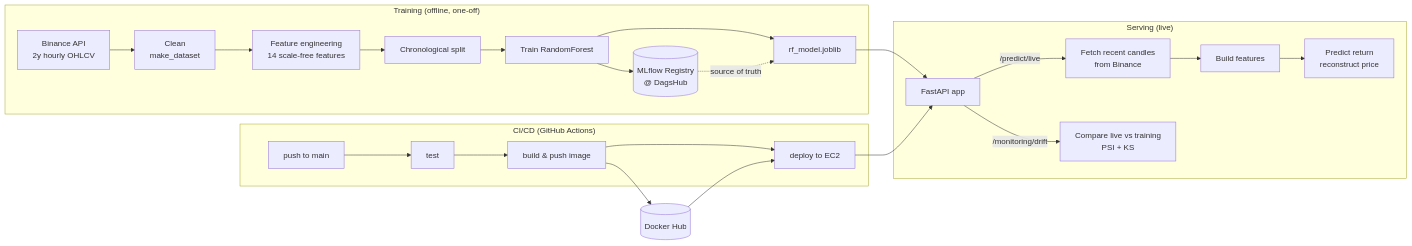
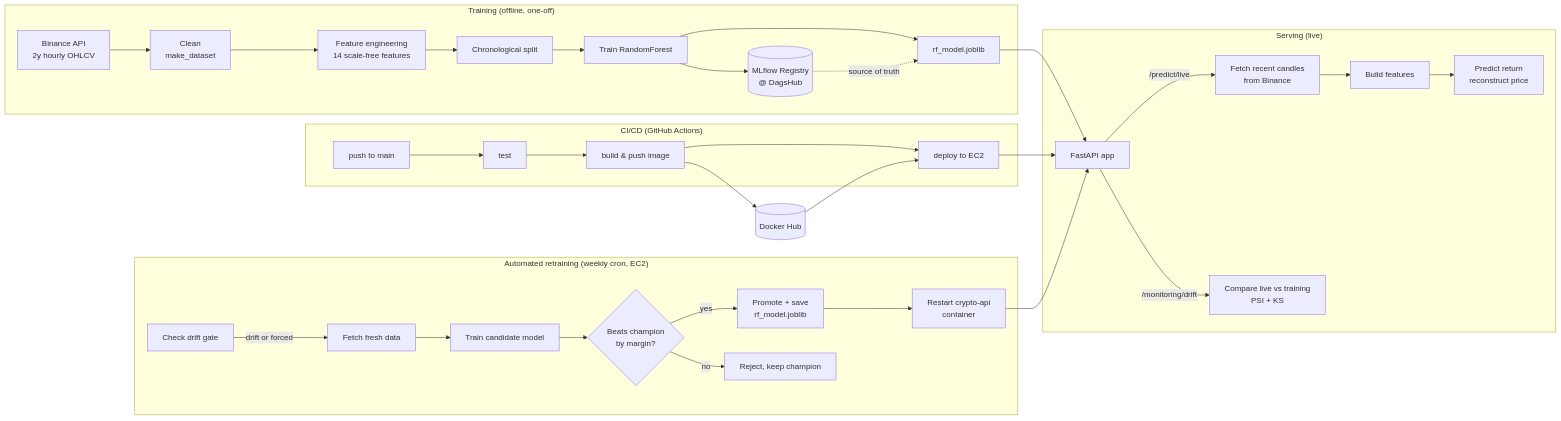
Before and after one commit to AliRaza3485/Crypto-Price-Forecasting-MLops: the diagram in README.md, drawn with Mermaid. The commit also changed other lines of this file, not shown here.

Commit message:
Update README: fill Elastic IP + Docker Hub username, document automated retraining

````diff
--- a/README.md
+++ b/README.md
@@ -27,27 +27,37 @@
 ```mermaid
 flowchart LR
     subgraph Offline["Training (offline, one-off)"]
         A[Binance API<br/>2y hourly OHLCV] --> B[Clean<br/>make_dataset]
         B --> C[Feature engineering<br/>14 scale-free features]
         C --> D[Chronological split]
         D --> E[Train RandomForest]
         E --> F[(MLflow Registry<br/>@ DagsHub)]
         E --> G[rf_model.joblib]
     end
 
     subgraph Serving["Serving (live)"]
         H[FastAPI app] -->|/predict/live| I[Fetch recent candles<br/>from Binance]
         I --> J[Build features] --> K[Predict return<br/>reconstruct price]
         H -->|/monitoring/drift| L[Compare live vs training<br/>PSI + KS]
     end
 
+    subgraph Retrain["Automated retraining (weekly cron, EC2)"]
+        R1[Check drift gate] -->|drift or forced| R2[Fetch fresh data]
+        R2 --> R3[Train candidate model]
+        R3 --> R4{Beats champion<br/>by margin?}
+        R4 -->|yes| R5[Promote + save<br/>rf_model.joblib]
+        R4 -->|no| R6[Reject, keep champion]
+        R5 --> R7[Restart crypto-api<br/>container]
+    end
+
     subgraph CICD["CI/CD (GitHub Actions)"]
         M[push to main] --> N[test] --> O[build & push image] --> P[deploy to EC2]
     end
 
     G --> H
     F -.source of truth.-> G
     O --> Q[(Docker Hub)]
     Q --> P
     P --> H
+    R7 --> H
 ```
````
